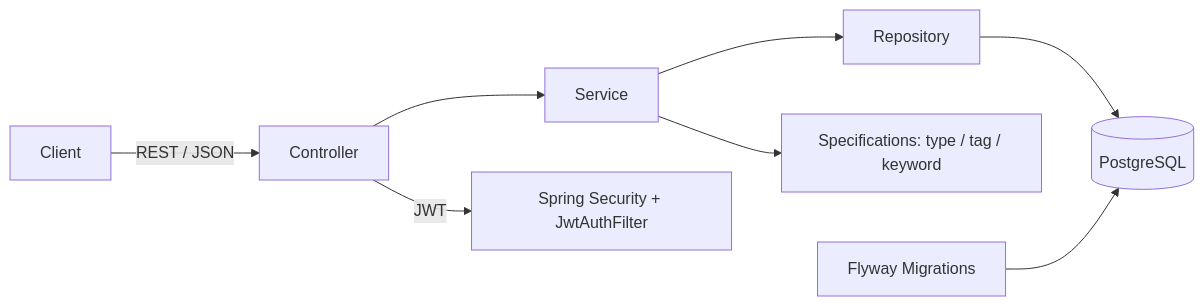
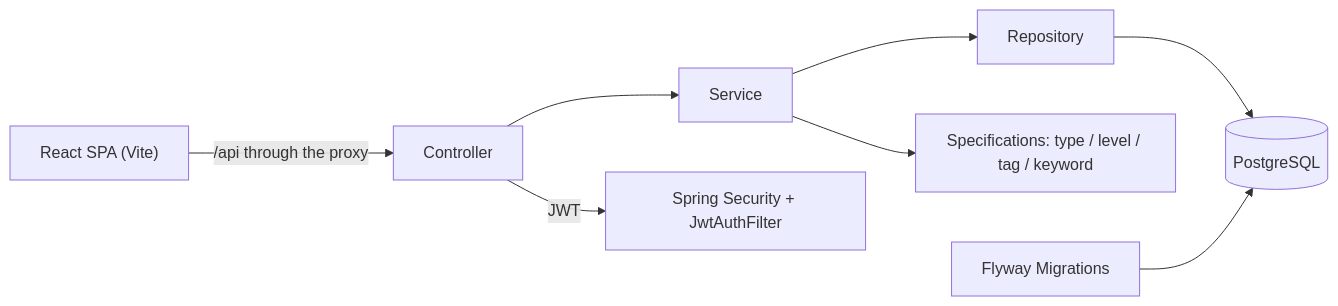
Before and after one commit to kunalbuilds-git/DevelopersHub: the diagram in README.md, drawn with Mermaid. The commit also changed other lines of this file and 1 other file, not shown here.

````diff
--- a/README.md
+++ b/README.md
@@ -65,10 +68,10 @@
 ```mermaid
 flowchart LR
-    Client -->|REST / JSON| Controller
+    SPA["React SPA (Vite)"] -->|"/api through the proxy"| Controller
     Controller --> Service
     Service --> Repository
-    Service --> Spec["Specifications: type / tag / keyword"]
+    Service --> Spec["Specifications: type / level / tag / keyword"]
     Controller -->|JWT| Security["Spring Security + JwtAuthFilter"]
     Repository --> DB[(PostgreSQL)]
     Flyway["Flyway Migrations"] --> DB
 ```
````
